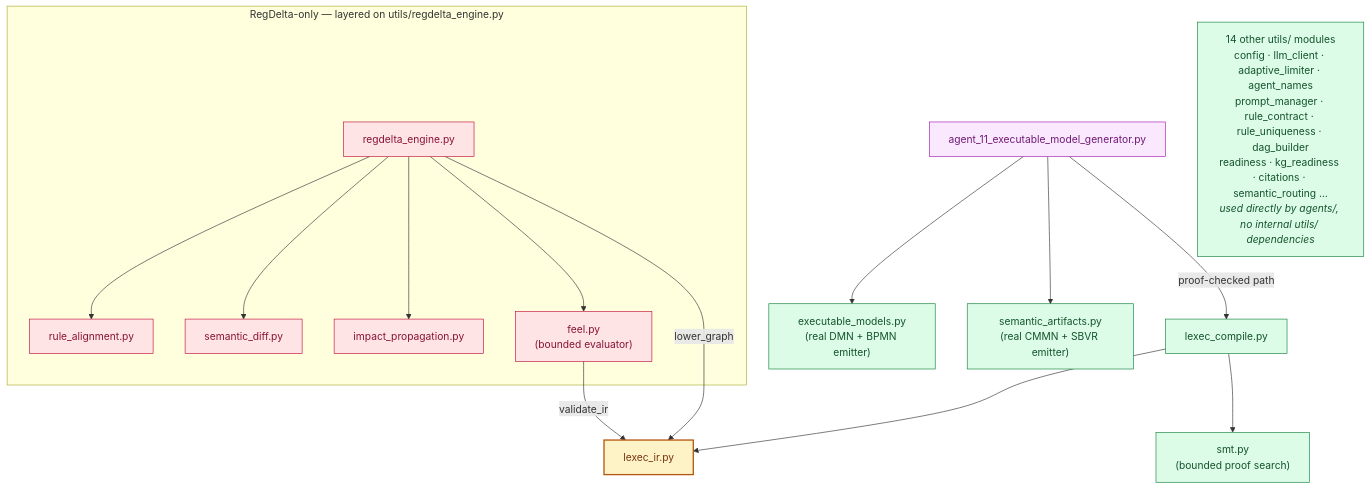
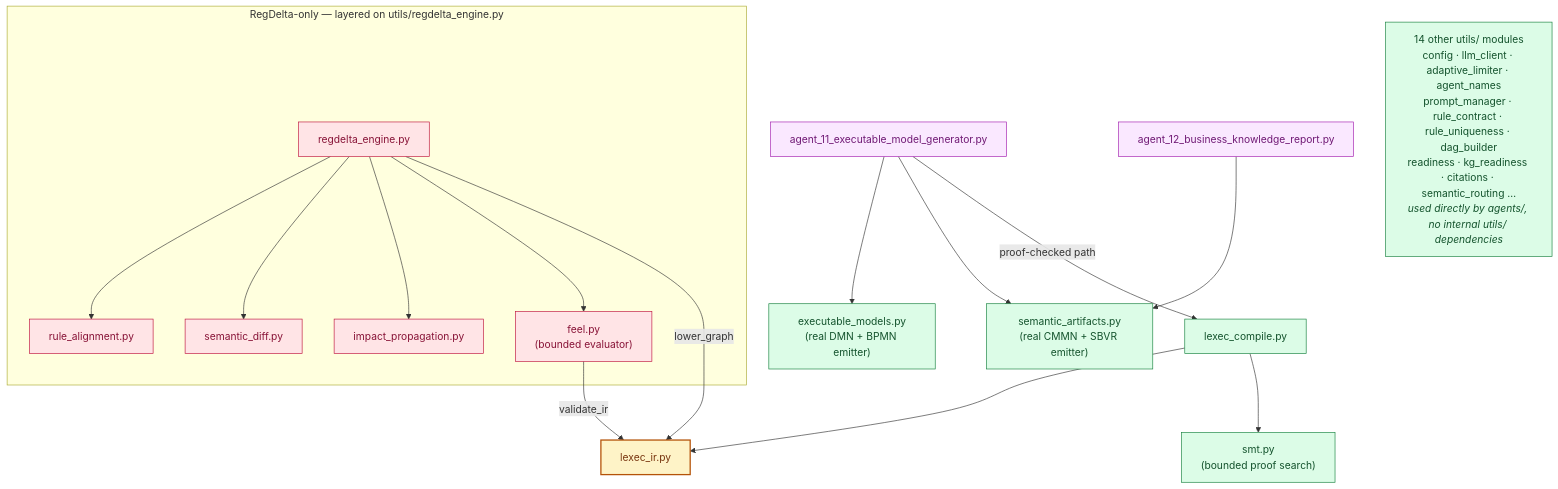
The third of 5 diagrams in ARCHITECTURE.md (rrahimi-uci/policy-logic-forge), drawn with Mermaid before and after one commit. The commit also changed other lines of this file and 9 other files, not shown here.

Commit message:
feat(cli): add agent 12 report stage

````diff
--- a/ARCHITECTURE.md
+++ b/ARCHITECTURE.md
@@ -463,38 +467,40 @@
 ```mermaid
 flowchart TB
     classDef pipeline fill:#fae8ff,stroke:#a21caf,color:#701a75,stroke-width:1px
     classDef core fill:#dcfce7,stroke:#15803d,color:#14532d,stroke-width:1px
     classDef hub fill:#fef3c7,stroke:#b45309,color:#78350f,stroke-width:2px
     classDef regdelta fill:#ffe4e6,stroke:#be123c,color:#881337,stroke-width:1px
 
     A11["agent_11_executable_model_generator.py"]:::pipeline
+    A12["agent_12_business_knowledge_report.py"]:::pipeline
 
     EM["executable_models.py<br/>(real DMN + BPMN emitter)"]:::core
     SA["semantic_artifacts.py<br/>(real CMMN + SBVR emitter)"]:::core
     LC["lexec_compile.py"]:::core
     IR["lexec_ir.py"]:::hub
     SMT["smt.py<br/>(bounded proof search)"]:::core
 
     OTHER["14 other utils/ modules<br/>config · llm_client · adaptive_limiter · agent_names<br/>prompt_manager · rule_contract · rule_uniqueness · dag_builder<br/>readiness · kg_readiness · citations · semantic_routing …<br/><i>used directly by agents/, no internal utils/ dependencies</i>"]:::core
 
     A11 --> EM
     A11 --> SA
+    A12 --> SA
     A11 -->|"proof-checked path"| LC
     LC --> IR
     LC --> SMT
 
     subgraph RD["RegDelta-only — layered on utils/regdelta_engine.py"]
         RE["regdelta_engine.py"]:::regdelta
         RA["rule_alignment.py"]:::regdelta
         SD["semantic_diff.py"]:::regdelta
         IP["impact_propagation.py"]:::regdelta
         FEEL["feel.py<br/>(bounded evaluator)"]:::regdelta
     end
 
     RE --> RA
     RE --> SD
     RE --> IP
     RE --> FEEL
     RE -->|"lower_graph"| IR
     FEEL -->|"validate_ir"| IR
 ```
````
